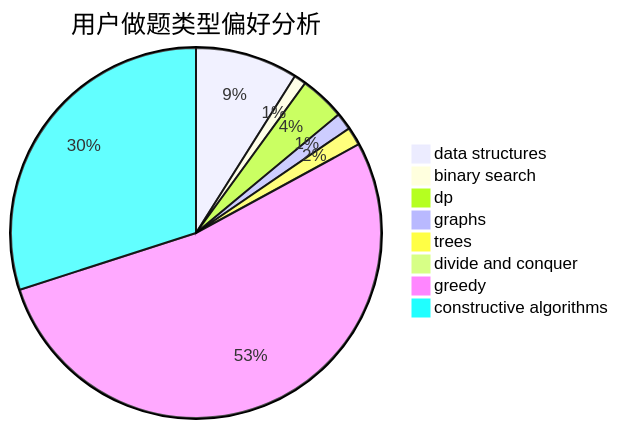
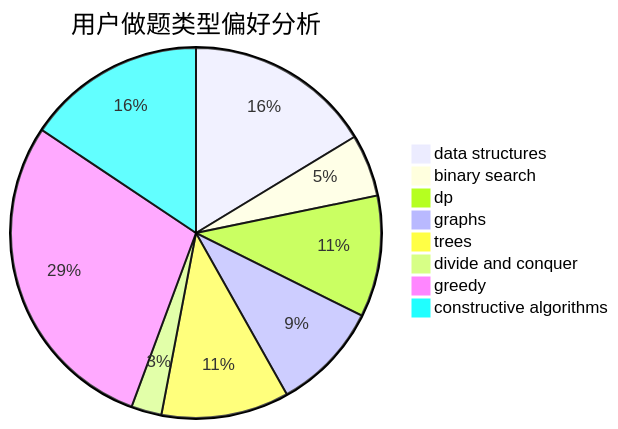
The second of 3 diagrams in docs/user/u2586.md (sherpahu/cfrs.github.io), drawn with Mermaid before and after one commit. The commit also changed other lines of this file and 2770 other files, not shown here.

````diff
--- a/docs/user/u2586.md
+++ b/docs/user/u2586.md
@@ -23,11 +23,11 @@
 ```mermaid
 pie title 用户做题类型偏好分析
-    "data structures" :  84
-    "binary search" :  10
-    "dp" :  37
-    "graphs" :  14
-    "trees" :  15
-    "divide and conquer" :  0
-    "greedy" :  497
-    "constructive algorithms" :  281
+    "data structures" :  117
+    "binary search" :  39
+    "dp" :  76
+    "graphs" :  68
+    "trees" :  80
+    "divide and conquer" :  19
+    "greedy" :  206
+    "constructive algorithms" :  112
 ```
````
